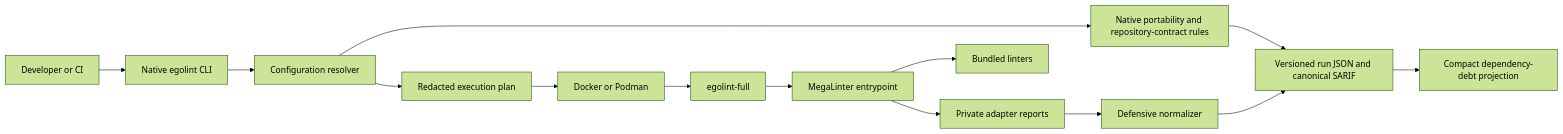
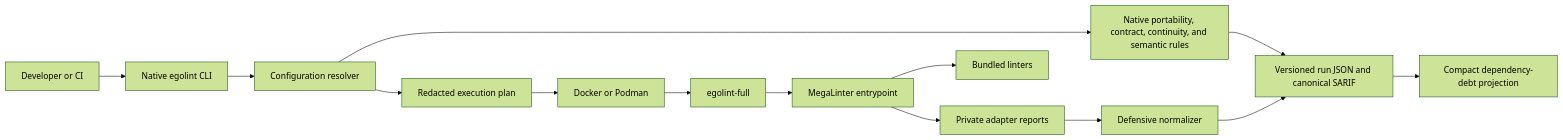
One commit to egohygiene/egolint changed the diagram in docs/architecture.md. Above: the diagram before and after it, drawn with Mermaid (forest theme). The commit also changed other lines of this file and 41 other files, not shown here.

First line of the commit message:
feat(continuity): ✨ validate repository handoffs

````diff
--- a/docs/architecture.md
+++ b/docs/architecture.md
@@ -5,16 +5,16 @@
 ```mermaid
 flowchart LR
   U[Developer or CI] --> C[Native egolint CLI]
   C --> R[Configuration resolver]
-  R --> N[Native portability and repository-contract rules]
+  R --> N[Native portability, contract, continuity, and semantic rules]
   R --> P[Redacted execution plan]
   P --> D[Docker or Podman]
   D --> F[egolint-full]
   F --> M[MegaLinter entrypoint]
   M --> L[Bundled linters]
   M --> A[Private adapter reports]
   A --> Z[Defensive normalizer]
   N --> O[Versioned run JSON and canonical SARIF]
   Z --> O
   O --> B[Compact dependency-debt projection]
 ```
````
